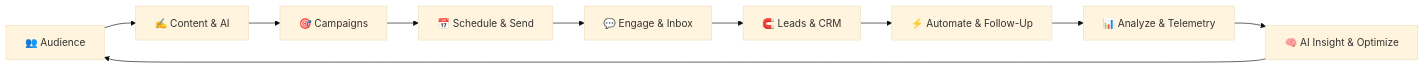
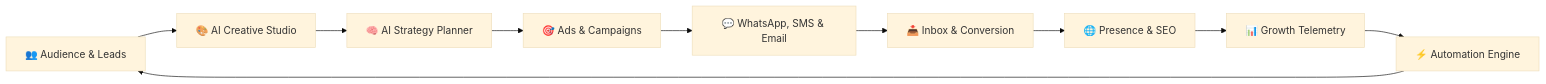
One commit to Itssushmasharma/growixa_project changed the first of 2 diagrams in README.md. Above: the diagram before and after it, drawn with Mermaid (base theme). The commit also changed other lines of this file, not shown here.

````diff
--- a/README.md
+++ b/README.md
@@ -19,12 +19,12 @@
 ```mermaid
 flowchart LR
-    A[👥 Audience] --> B[✍️ Content & AI]
-    B --> C[🎯 Campaigns]
-    C --> D[📅 Schedule & Send]
-    D --> E[💬 Engage & Inbox]
-    E --> F[🧲 Leads & CRM]
-    F --> G[⚡ Automate & Follow-Up]
-    G --> H[📊 Analyze & Telemetry]
-    H --> I[🧠 AI Insight & Optimize]
+    A[👥 Audience & Leads] --> B[🎨 AI Creative Studio]
+    B --> C[🧠 AI Strategy Planner]
+    C --> D[🎯 Ads & Campaigns]
+    D --> E[💬 WhatsApp, SMS & Email]
+    E --> F[📥 Inbox & Conversion]
+    F --> G[🌐 Presence & SEO]
+    G --> H[📊 Growth Telemetry]
+    H --> I[⚡ Automation Engine]
     I --> A
 ```
````
